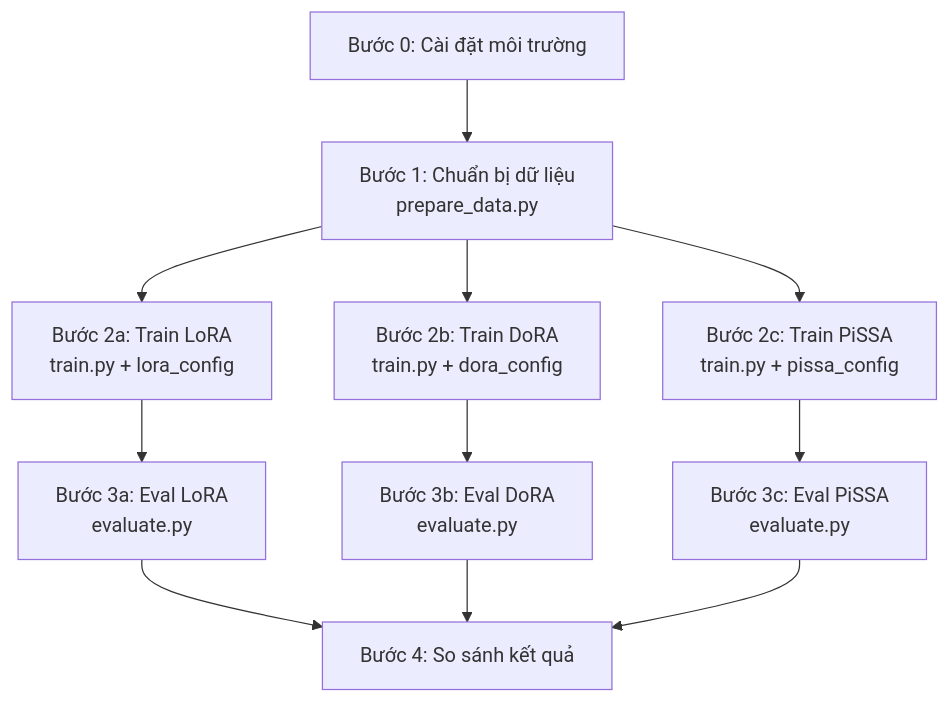
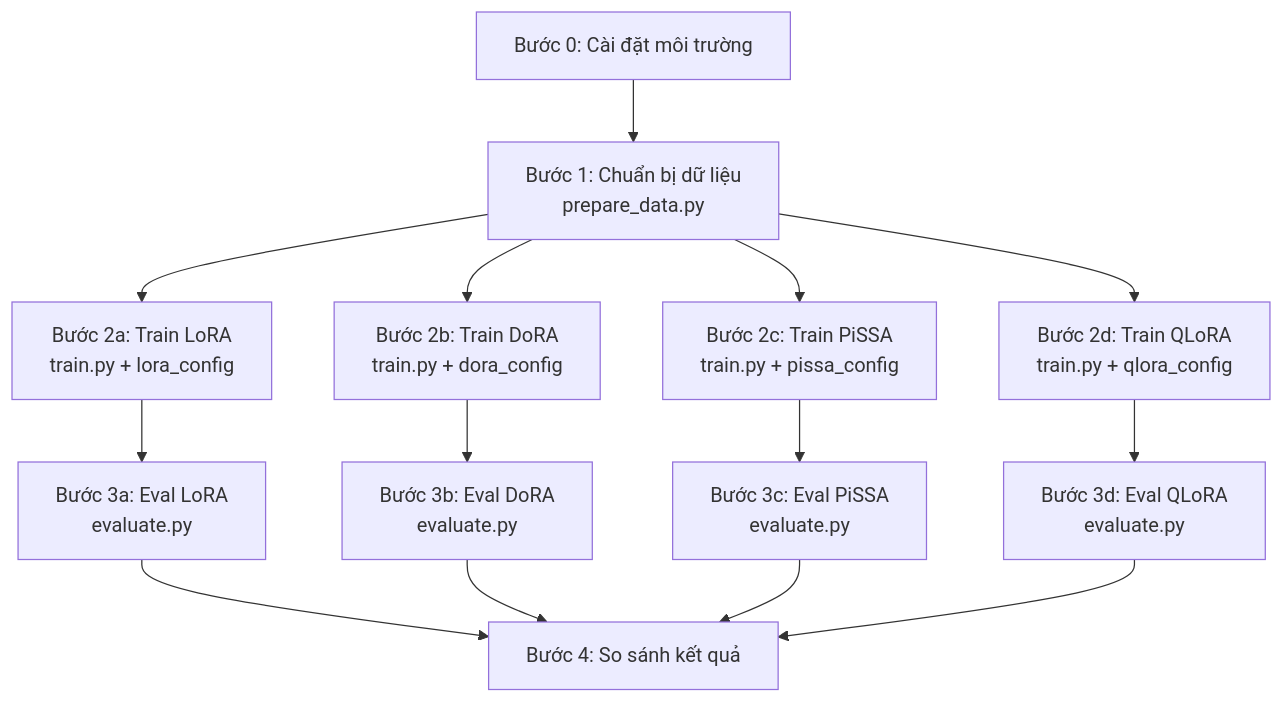
One commit to TuTTC/BSLoRA-vs-PiSSA-LegalSLM changed the first of 2 diagrams in pipeline_guide.md. Above: the diagram before and after it, drawn with Mermaid. The commit also changed other lines of this file and 2 other files, not shown here.

````diff
--- a/pipeline_guide.md
+++ b/pipeline_guide.md
@@ -9,13 +9,16 @@
 ```mermaid
 graph TD
     A["Bước 0: Cài đặt môi trường"] --> B["Bước 1: Chuẩn bị dữ liệu<br/>prepare_data.py"]
     B --> C1["Bước 2a: Train LoRA<br/>train.py + lora_config"]
     B --> C2["Bước 2b: Train DoRA<br/>train.py + dora_config"]
     B --> C3["Bước 2c: Train PiSSA<br/>train.py + pissa_config"]
+    B --> C4["Bước 2d: Train QLoRA<br/>train.py + qlora_config"]
     C1 --> D1["Bước 3a: Eval LoRA<br/>evaluate.py"]
     C2 --> D2["Bước 3b: Eval DoRA<br/>evaluate.py"]
     C3 --> D3["Bước 3c: Eval PiSSA<br/>evaluate.py"]
+    C4 --> D4["Bước 3d: Eval QLoRA<br/>evaluate.py"]
     D1 --> E["Bước 4: So sánh kết quả"]
     D2 --> E
     D3 --> E
+    D4 --> E
 ```
````
